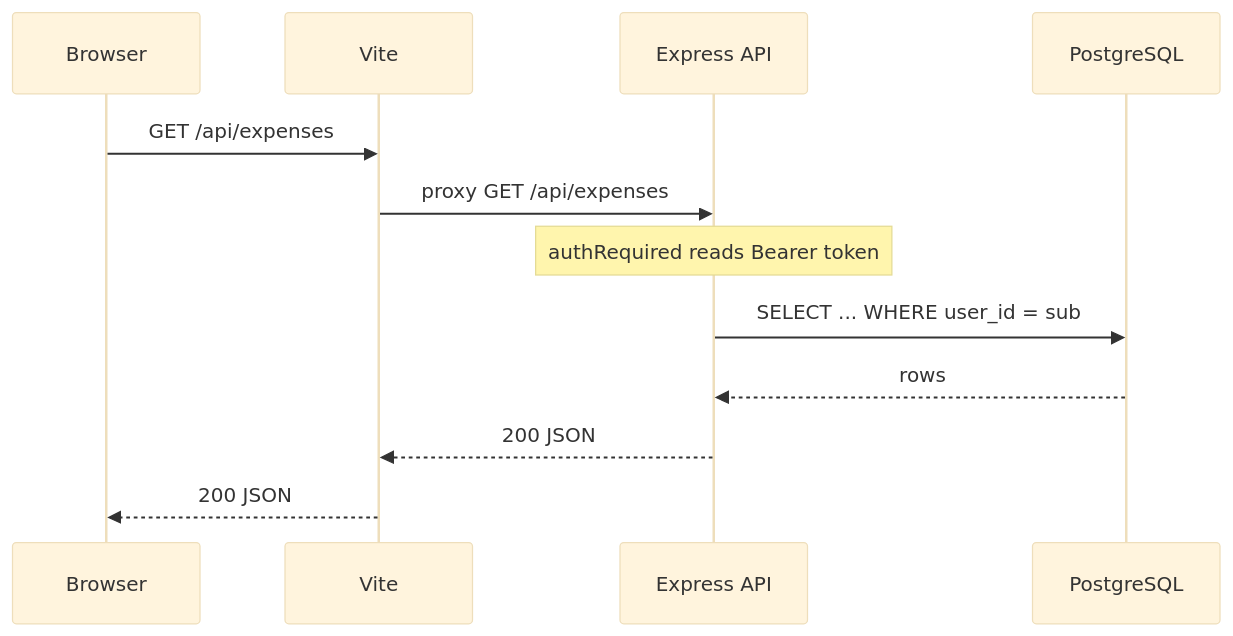
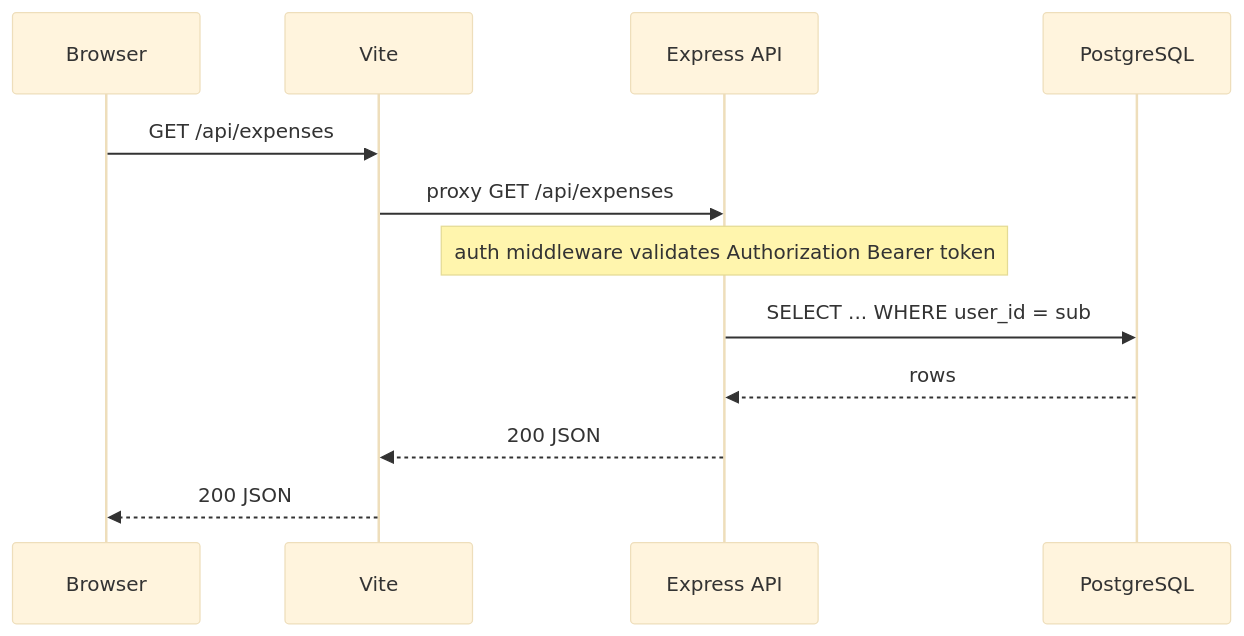
The ninth of 10 diagrams in docs/ARCHITECTURE_DIAGRAM.md (becomeonewiththecode/expense_tracker), drawn with Mermaid (base theme) before and after one commit. The commit also changed other lines of this file and 6 other files, not shown here.

````diff
--- a/docs/ARCHITECTURE_DIAGRAM.md
+++ b/docs/ARCHITECTURE_DIAGRAM.md
@@ -330,15 +338,15 @@
 ```mermaid
 sequenceDiagram
   participant Browser
   participant Vite
   participant API as Express API
   participant PG as PostgreSQL
 
   Browser->>Vite: GET /api/expenses
   Vite->>API: proxy GET /api/expenses
-  Note over API: authRequired reads Bearer token
+  Note over API: auth middleware validates Authorization Bearer token
   API->>PG: SELECT ... WHERE user_id = sub
   PG-->>API: rows
   API-->>Vite: 200 JSON
   Vite-->>Browser: 200 JSON
 ```
````
